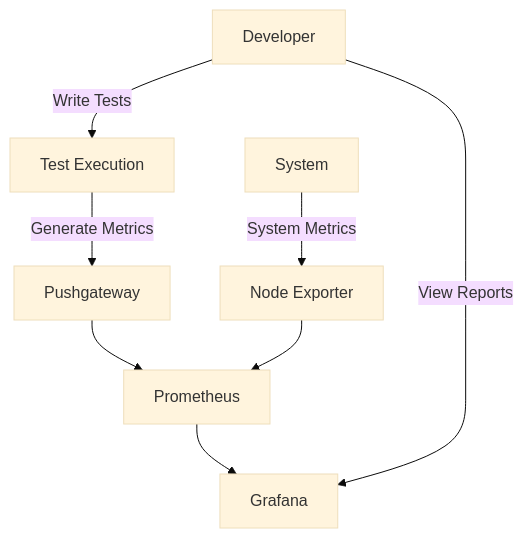
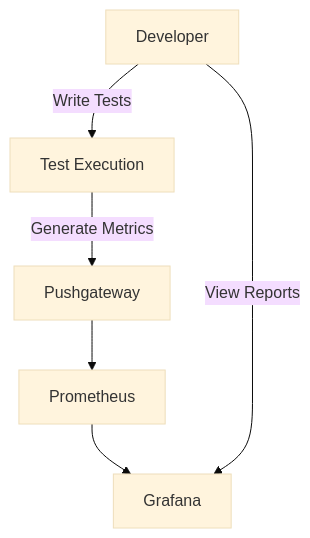
Before and after one commit to kunaal-ai/para-bank-ui-automation: the diagram in TUTORIAL.md, drawn with Mermaid (base theme). The commit also changed other lines of this file and 2 other files, not shown here.

````diff
--- a/TUTORIAL.md
+++ b/TUTORIAL.md
@@ -41,10 +43,8 @@
 ```mermaid
 graph TD
     A[Test Execution] -->|Generate Metrics| B[Pushgateway]
     B --> C[Prometheus]
     C --> D[Grafana]
-    E[System] -->|System Metrics| F[Node Exporter]
-    F --> C
     G[Developer] -->|Write Tests| A
     G -->|View Reports| D
 ```
````
